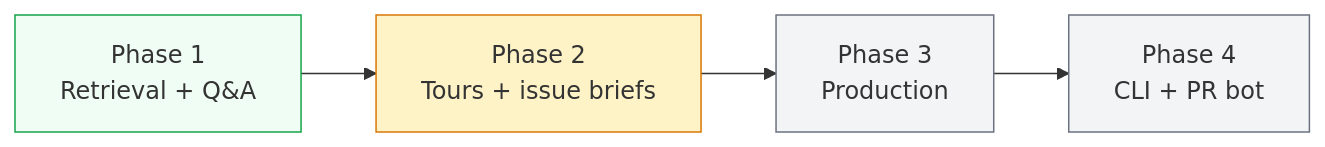
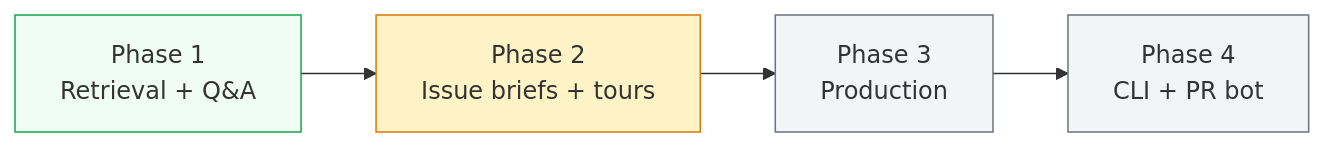
Before and after one commit to jballo/camino: the first of 3 diagrams in README.md, drawn with Mermaid. The commit also changed other lines of this file and 2 other files, not shown here.

First line of the commit message:
docs: reorient READMEs around issue-brief home page

````diff
--- a/README.md
+++ b/README.md
@@ -57,11 +62,11 @@
 ```mermaid
 flowchart LR
-  P1["Phase 1<br/>Retrieval + Q&A"] --> P2["Phase 2<br/>Tours + issue briefs"]
+  P1["Phase 1<br/>Retrieval + Q&A"] --> P2["Phase 2<br/>Issue briefs + tours"]
   P2 --> P3["Phase 3<br/>Production"]
   P3 --> P4["Phase 4<br/>CLI + PR bot"]
 
   style P1 fill:#f0fdf4,stroke:#16a34a
   style P2 fill:#fef3c7,stroke:#d97706
   style P3 fill:#f3f4f6,stroke:#6b7280
   style P4 fill:#f3f4f6,stroke:#6b7280
 ```
````
